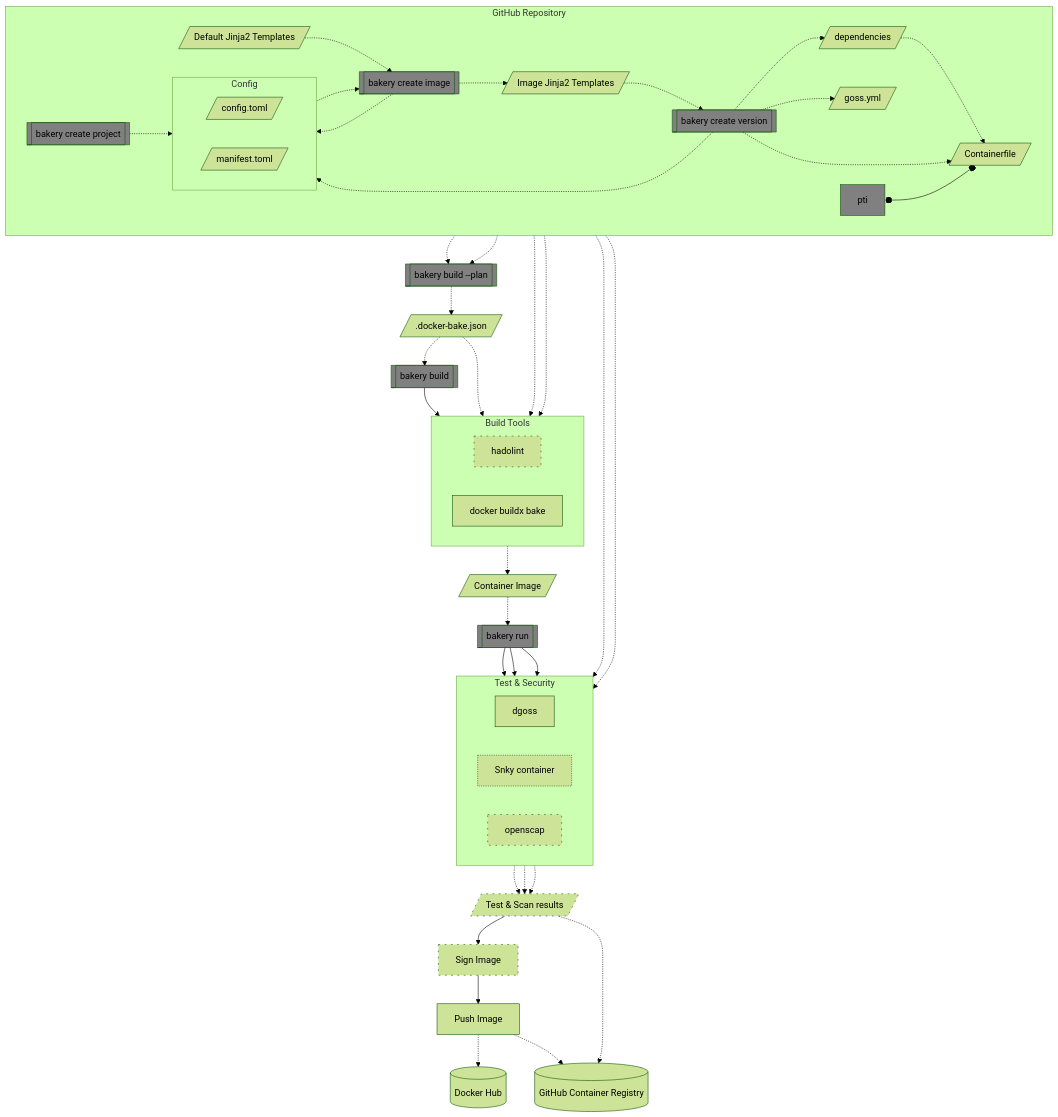
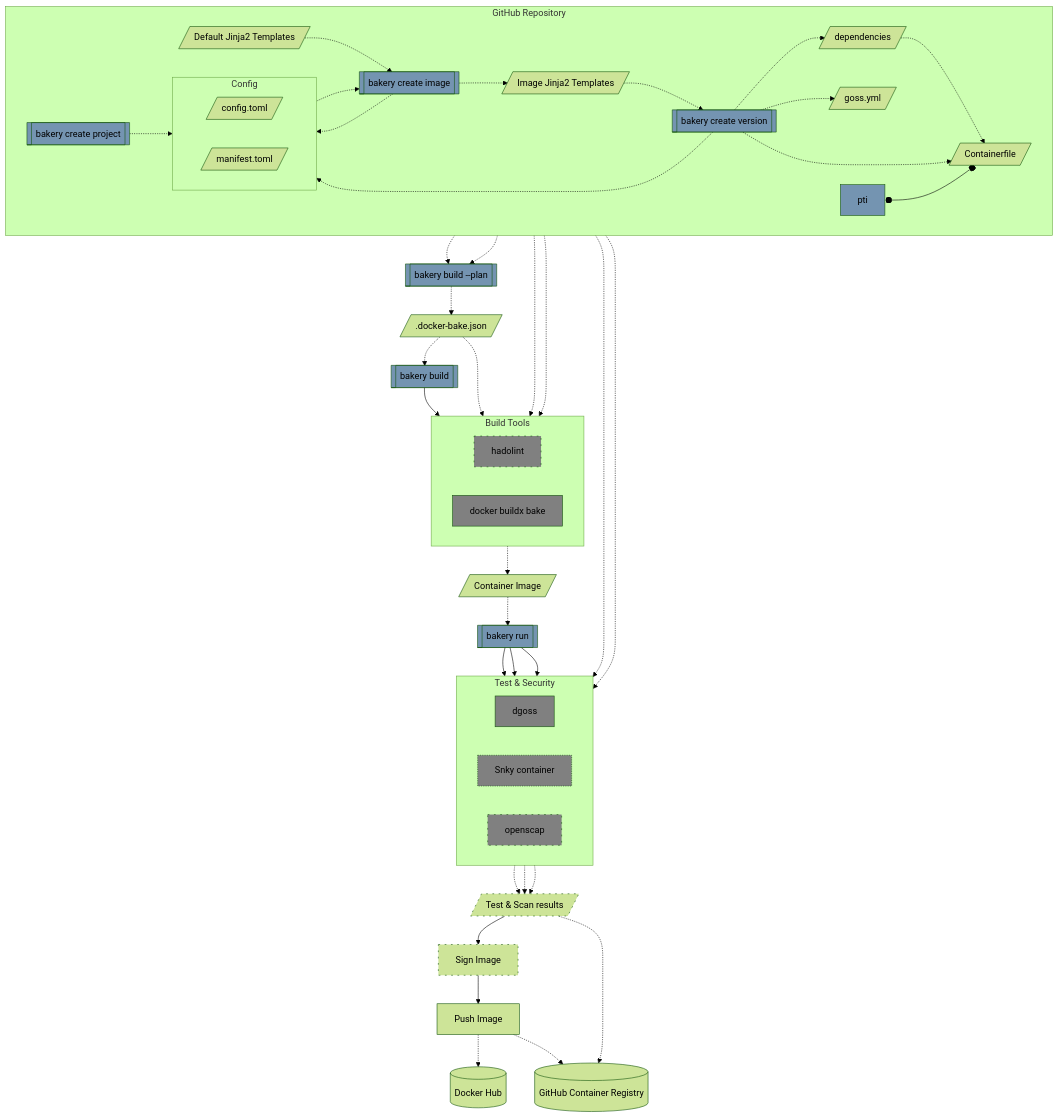
Before and after one commit to posit-dev/images-shared: the first of 2 diagrams in posit-bakery/README.md, drawn with Mermaid (forest theme). The commit also changed other lines of this file, not shown here.

Commit message:
Differentiate between internal & 3rd party tooling

```diff
--- a/posit-bakery/README.md
+++ b/posit-bakery/README.md
@@ -89,13 +89,16 @@
     push -.-> docker & ghcr
     results -.-> ghcr
 
-    classDef tooling fill:grey
+    classDef tooling fill:#7494B1
+    classDef external fill:grey
     classDef progress stroke-dasharray: 2 2
     classDef todo stroke-dasharray: 3 8
 
     class pti,createProject,createImage,createVersion tooling
     class buildPlan,buildImage,run tooling
 
+    class lint,bake,dgoss,snyk,openscap external
+
     %% Mark what we are working on and is in flight %%
     class inprogress,snyk progress
     class planned,lint,openscap,results,sign todo
```
